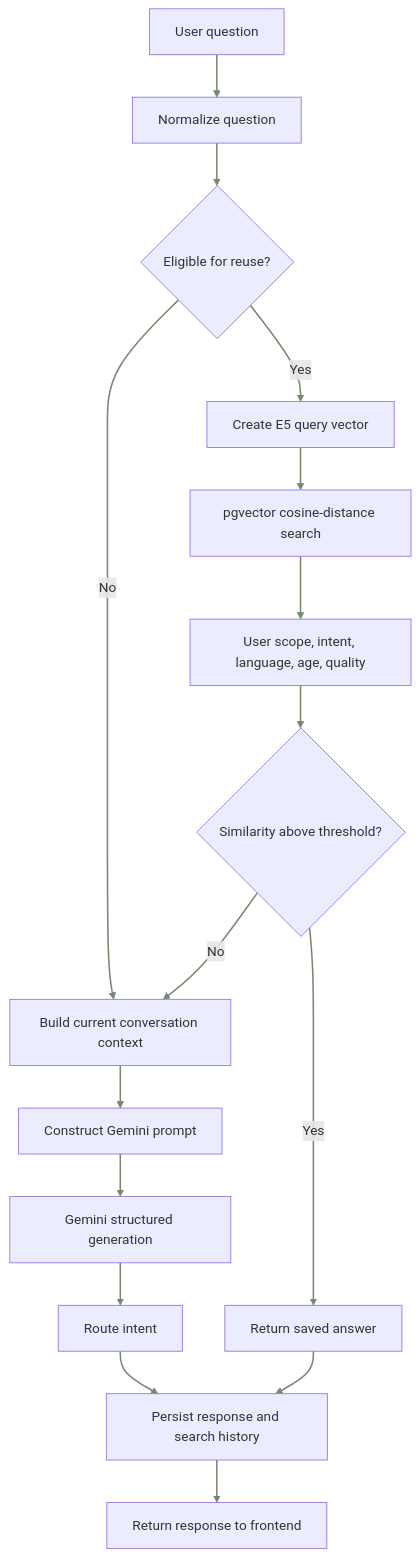
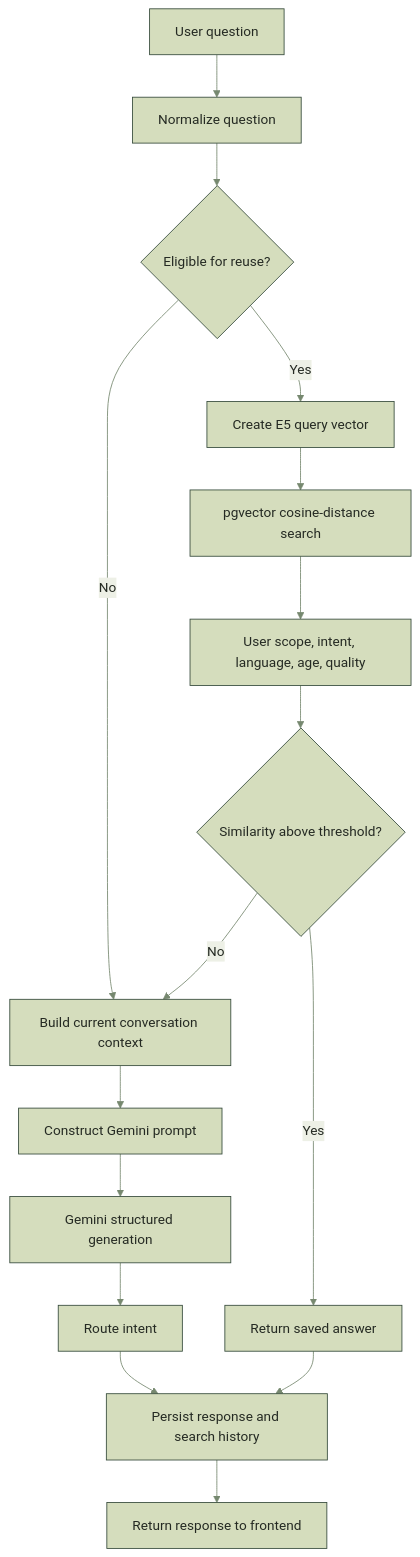
One commit to SwekcchaCornicle/apnasathi-ai changed the seventh of 15 diagrams in README.md. Above: the diagram before and after it, drawn with Mermaid. The commit also changed other lines of this file and 2 other files, not shown here.

````diff
--- a/README.md
+++ b/README.md
@@ -793,27 +724,19 @@
 ```mermaid
+  %%{init: {"theme":"base","themeVariables":{"primaryColor":"#D5DDBD","primaryTextColor":"#252A23","primaryBorderColor":"#354A3B","lineColor":"#76886F","secondaryColor":"#EDF0E6","tertiaryColor":"#F2E4D2","background":"#FBFAF7","fontFamily":"Inter, Arial"}}}%%
 flowchart TD
-  classDef forest fill:#354a3b,stroke:#354a3b,color:#fbfaf7,stroke-width:2px;
-  classDef green fill:#405a46,stroke:#354a3b,color:#fbfaf7,stroke-width:1.8px;
-  classDef sage fill:#d5ddbd,stroke:#76886f,color:#252a23,stroke-width:1.5px;
-  classDef pale fill:#edf0e6,stroke:#647a63,color:#252a23,stroke-width:1.5px;
-  classDef sand fill:#f2e4d2,stroke:#d5a874,color:#252a23,stroke-width:1.5px;
-  classDef paper fill:#fbfaf7,stroke:#9a9a8f,color:#252a23,stroke-width:1.3px;
-  classDef external fill:#f2f1ed,stroke:#b5b4a9,color:#252a23,stroke-width:1.3px;
-  linkStyle default stroke:#76886f,stroke-width:1.8px;
-  class Q forest;
     Q[User question] --> CLEAN[Normalize question]
     CLEAN --> ELIGIBLE{Eligible for reuse?}
     ELIGIBLE -->|No| CTX[Build current conversation context]
     ELIGIBLE -->|Yes| EMBQ[Create E5 query vector]
     EMBQ --> SEARCH[pgvector cosine-distance search]
     SEARCH --> FILTER[User scope, intent, language, age, quality]
     FILTER --> THRESHOLD{Similarity above threshold?}
     THRESHOLD -->|Yes| REUSE[Return saved answer]
     THRESHOLD -->|No| CTX
     CTX --> PROMPT[Construct Gemini prompt]
     PROMPT --> MODEL[Gemini structured generation]
     MODEL --> ROUTE[Route intent]
     ROUTE --> SAVE[Persist response and search history]
     REUSE --> SAVE
     SAVE --> RESPONSE[Return response to frontend]
 ```
````
